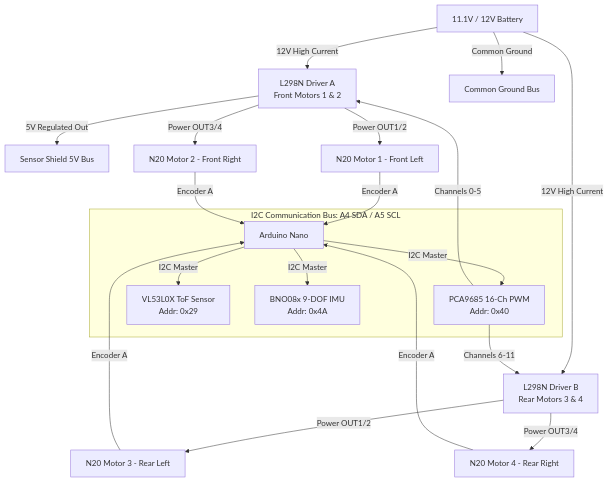
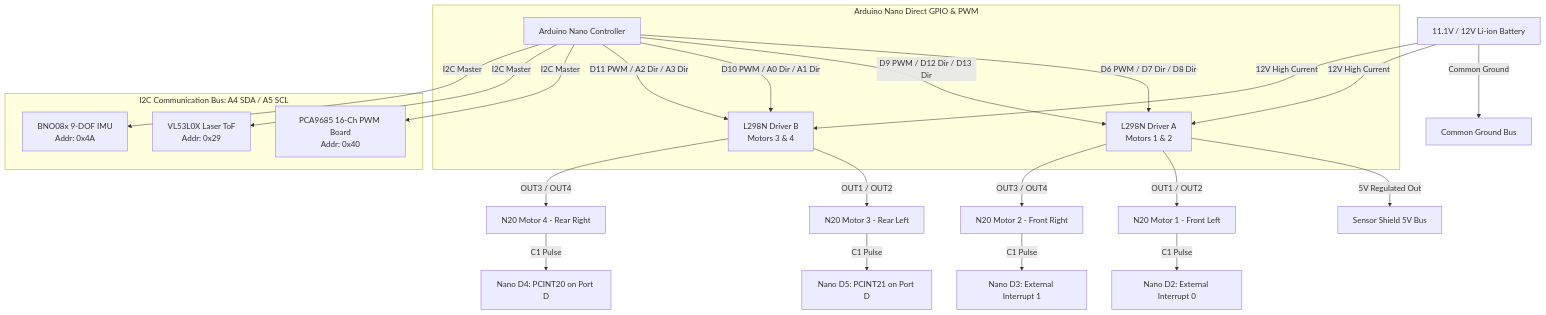
The diagram in IIT-RB2-main/docs/WIRING_GUIDE.md (skibidi1919/IIT-RB2), drawn with Mermaid before and after one commit. The commit also changed other lines of this file and 16 other files, not shown here.

````diff
--- a/IIT-RB2-main/docs/WIRING_GUIDE.md
+++ b/IIT-RB2-main/docs/WIRING_GUIDE.md
@@ -9,27 +9,32 @@
 ```mermaid
 graph TD
-    Batt[11.1V / 12V Battery] -->|12V High Current| L298NA[L298N Driver A<br>Front Motors 1 & 2]
-    Batt -->|12V High Current| L298NB[L298N Driver B<br>Rear Motors 3 & 4]
+    Batt[11.1V / 12V Li-ion Battery] -->|12V High Current| L298NA[L298N Driver A<br>Motors 1 & 2]
+    Batt -->|12V High Current| L298NB[L298N Driver B<br>Motors 3 & 4]
     
     L298NA -->|5V Regulated Out| Shield5V[Sensor Shield 5V Bus]
     Batt -->|Common Ground| GNDBus[Common Ground Bus]
     
-    subgraph I2C Bus [I2C Communication Bus: A4 SDA / A5 SCL]
-        Nano[Arduino Nano] -->|I2C Master| PCA[PCA9685 16-Ch PWM<br>Addr: 0x40]
-        Nano -->|I2C Master| TOF[VL53L0X ToF Sensor<br>Addr: 0x29]
+    subgraph Nano_Direct_Control [Arduino Nano Direct GPIO & PWM]
+        Nano[Arduino Nano Controller]
+        Nano -->|D6 PWM / D7 Dir / D8 Dir| L298NA
+        Nano -->|D9 PWM / D12 Dir / D13 Dir| L298NA
+        Nano -->|D10 PWM / A0 Dir / A1 Dir| L298NB
+        Nano -->|D11 PWM / A2 Dir / A3 Dir| L298NB
+    end
+
+    subgraph I2C_Bus [I2C Communication Bus: A4 SDA / A5 SCL]
+        Nano -->|I2C Master| PCA[PCA9685 16-Ch PWM Board<br>Addr: 0x40]
+        Nano -->|I2C Master| TOF[VL53L0X Laser ToF<br>Addr: 0x29]
         Nano -->|I2C Master| IMU[BNO08x 9-DOF IMU<br>Addr: 0x4A]
     end
 
-    PCA -->|Channels 0-5| L298NA
-    PCA -->|Channels 6-11| L298NB
+    L298NA -->|OUT1 / OUT2| M1[N20 Motor 1 - Front Left]
+    L298NA -->|OUT3 / OUT4| M2[N20 Motor 2 - Front Right]
+    L298NB -->|OUT1 / OUT2| M3[N20 Motor 3 - Rear Left]
+    L298NB -->|OUT3 / OUT4| M4[N20 Motor 4 - Rear Right]
     
-    L298NA -->|Power OUT1/2| M1[N20 Motor 1 - Front Left]
-    L298NA -->|Power OUT3/4| M2[N20 Motor 2 - Front Right]
-    L298NB -->|Power OUT1/2| M3[N20 Motor 3 - Rear Left]
-    L298NB -->|Power OUT3/4| M4[N20 Motor 4 - Rear Right]
-    
-    M1 -->|Encoder A| Nano
-    M2 -->|Encoder A| Nano
-    M3 -->|Encoder A| Nano
-    M4 -->|Encoder A| Nano
+    M1 -->|C1 Pulse| D2_Pin[Nano D2: External Interrupt 0]
+    M2 -->|C1 Pulse| D3_Pin[Nano D3: External Interrupt 1]
+    M3 -->|C1 Pulse| D5_Pin[Nano D5: PCINT21 on Port D]
+    M4 -->|C1 Pulse| D4_Pin[Nano D4: PCINT20 on Port D]
 ```
````
